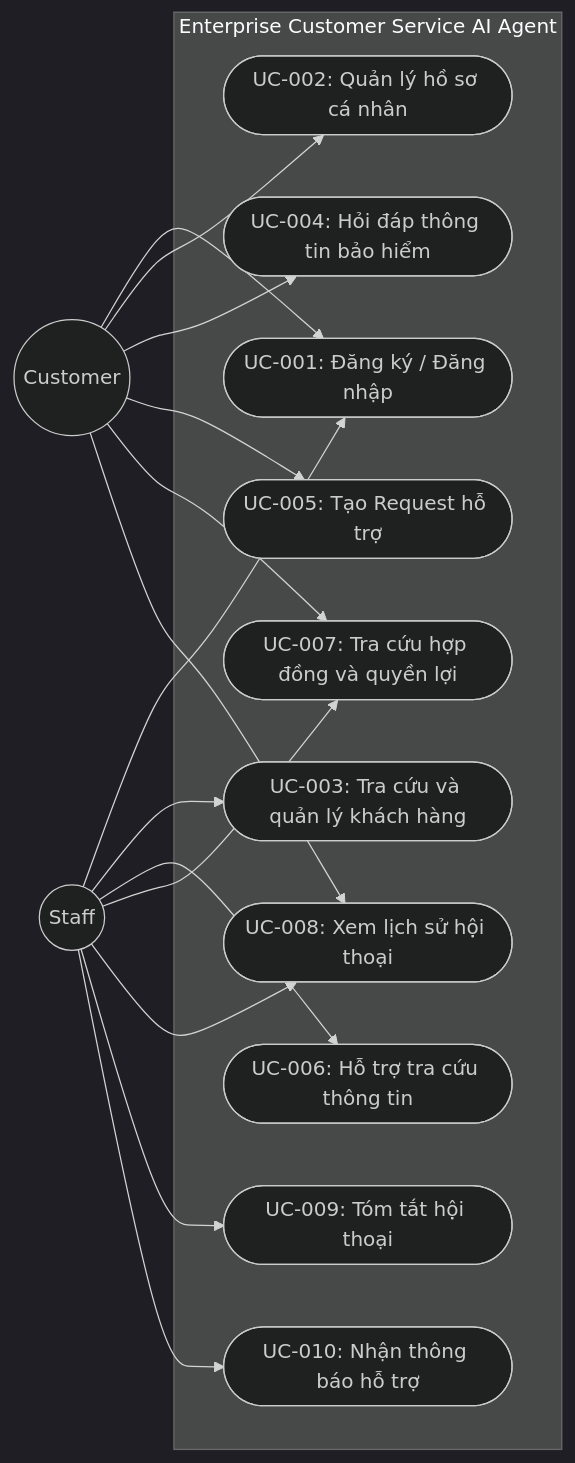
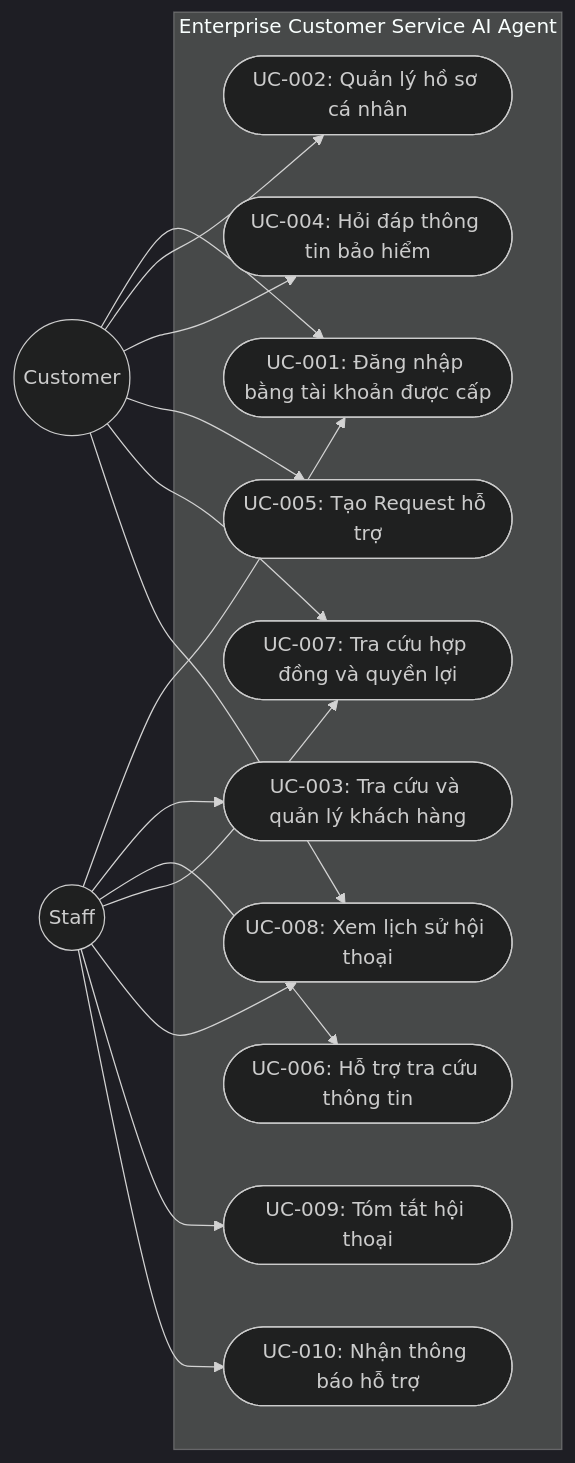
Before and after one commit to natuan05/LifeInsuranceAIAssistant: the diagram in docs/specifications/Requirement.md, drawn with Mermaid (dark theme). The commit also changed other lines of this file and 57 other files, not shown here.

````diff
--- a/docs/specifications/Requirement.md
+++ b/docs/specifications/Requirement.md
@@ -117,33 +120,33 @@
 ```mermaid
 flowchart LR
     Customer((Customer))
     Staff((Staff))
 
     subgraph System["Enterprise Customer Service AI Agent"]
-        UC001(["UC-001: Đăng ký / Đăng nhập"])
+        UC001(["UC-001: Đăng nhập bằng tài khoản được cấp"])
         UC002(["UC-002: Quản lý hồ sơ cá nhân"])
         UC003(["UC-003: Tra cứu và quản lý khách hàng"])
         UC004(["UC-004: Hỏi đáp thông tin bảo hiểm"])
         UC005(["UC-005: Tạo Request hỗ trợ"])
         UC006(["UC-006: Hỗ trợ tra cứu thông tin"])
         UC007(["UC-007: Tra cứu hợp đồng và quyền lợi"])
         UC008(["UC-008: Xem lịch sử hội thoại"])
         UC009(["UC-009: Tóm tắt hội thoại"])
         UC010(["UC-010: Nhận thông báo hỗ trợ"])
     end
 
     Customer --> UC001
     Customer --> UC002
     Customer --> UC004
     Customer --> UC005
     Customer --> UC007
     Customer --> UC008
 
     Staff --> UC001
     Staff --> UC003
     Staff --> UC006
     Staff --> UC007
     Staff --> UC008
     Staff --> UC009
     Staff --> UC010
 ```
````
